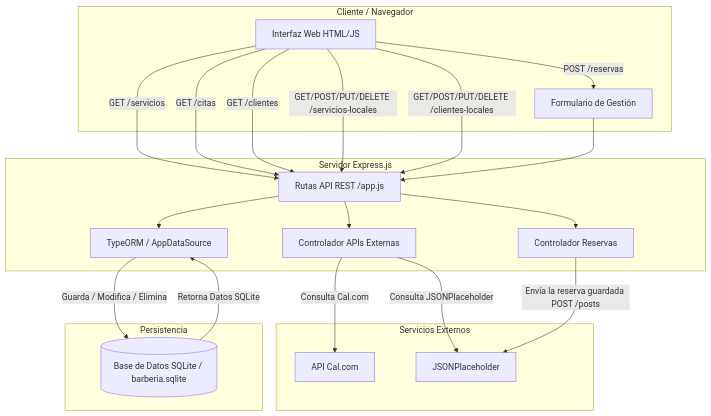
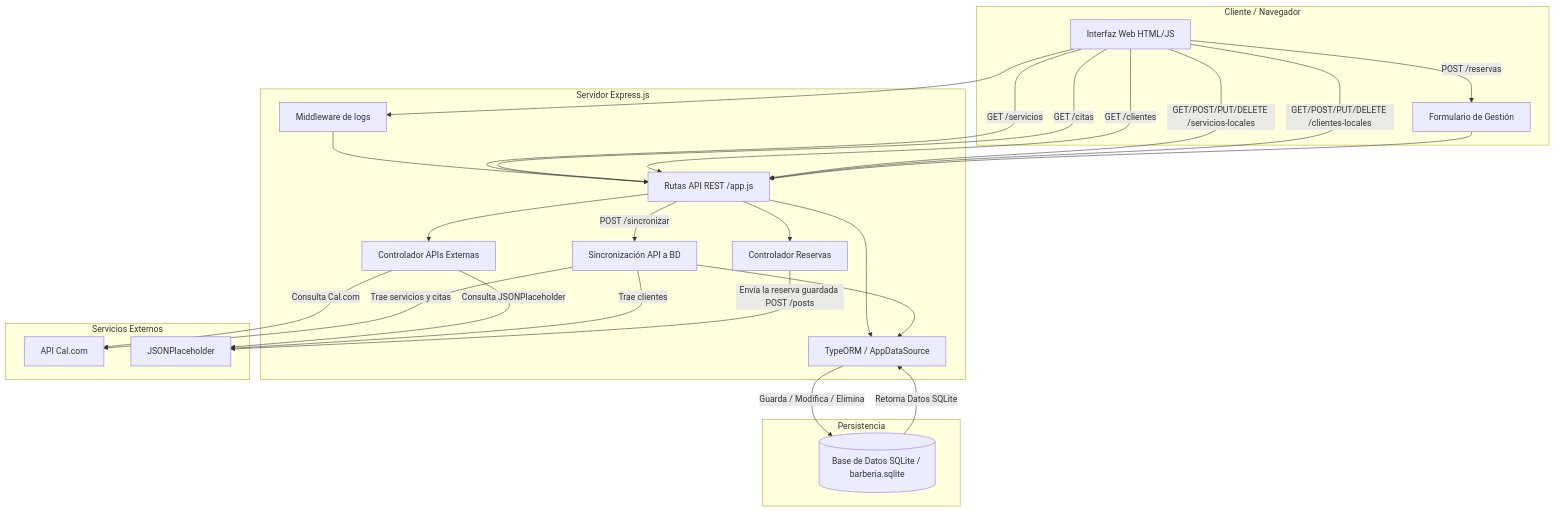
The diagram in README.md (josx262008/barber-club), drawn with Mermaid before and after one commit. The commit also changed other lines of this file and 26 other files, not shown here.

````diff
--- a/README.md
+++ b/README.md
@@ -55,47 +102,59 @@
 ```mermaid
 flowchart TD
     subgraph Frontend [Cliente / Navegador]
         UI[Interfaz Web HTML/JS]
         Form[Formulario de Gestión]
     end
 
     subgraph Backend [Servidor Express.js]
+        Log[Middleware de logs]
         API_Routes[Rutas API REST /app.js]
         Ctrl_Ext[Controlador APIs Externas]
         Ctrl_Res[Controlador Reservas]
+        Sync[Sincronización API a BD]
         ORM[TypeORM / AppDataSource]
     end
 
     subgraph External [Servicios Externos]
         Cal[API Cal.com]
         JSONP[JSONPlaceholder]
     end
 
     subgraph Database [Persistencia]
         DB[(Base de Datos SQLite / barberia.sqlite)]
     end
+
+    %% Toda petición pasa primero por el registro de logs
+    UI --> Log
+    Log --> API_Routes
 
     %% Flujos de lectura (GET)
     UI -->|GET /servicios| API_Routes
     UI -->|GET /citas| API_Routes
     UI -->|GET /clientes| API_Routes
 
     API_Routes --> Ctrl_Ext
     Ctrl_Ext -->|Consulta Cal.com| Cal
     Ctrl_Ext -->|Consulta JSONPlaceholder| JSONP
 
     %% Flujos CRUD local (POST / PUT / DELETE)
     UI -->|GET/POST/PUT/DELETE /servicios-locales| API_Routes
     UI -->|GET/POST/PUT/DELETE /clientes-locales| API_Routes
     UI -->|POST /reservas| Form
     Form --> API_Routes
 
     API_Routes --> Ctrl_Res
     API_Routes --> ORM
 
+    %% Sincronización de las APIs hacia la base de datos
+    API_Routes -->|POST /sincronizar| Sync
+    Sync -->|Trae servicios y citas| Cal
+    Sync -->|Trae clientes| JSONP
+    Sync --> ORM
+
     ORM -->|Guarda / Modifica / Elimina| DB
     DB -->|Retorna Datos SQLite| ORM
 
     %% Envío a la API externa después de guardar la reserva
     Ctrl_Res -->|Envía la reserva guardada POST /posts| JSONP
 ```
````
